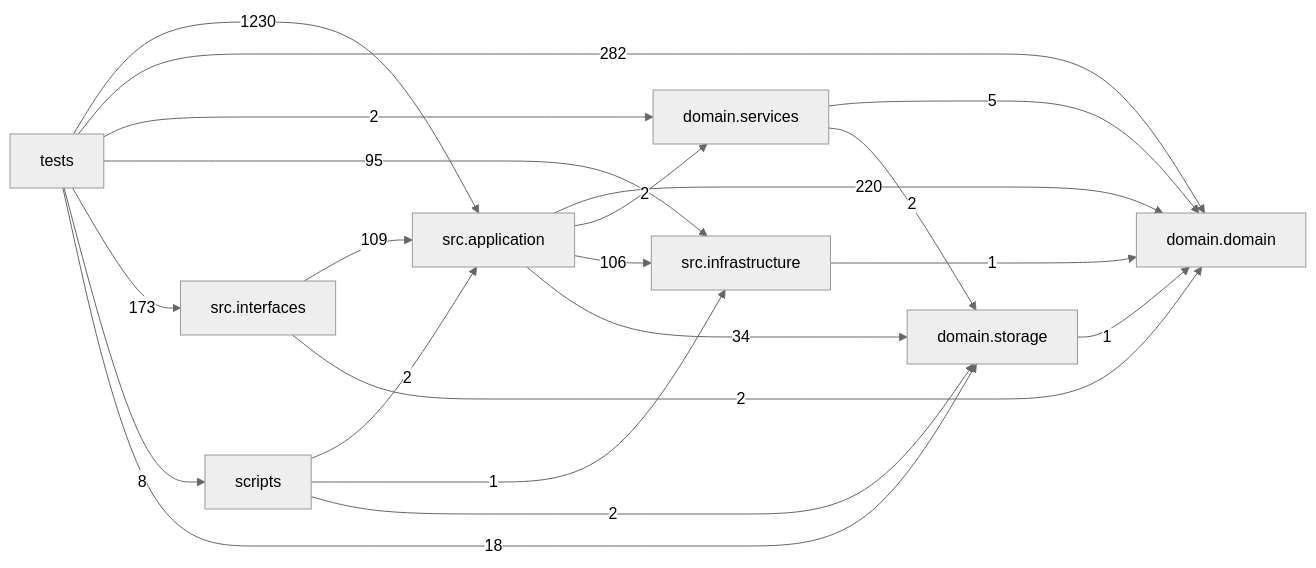
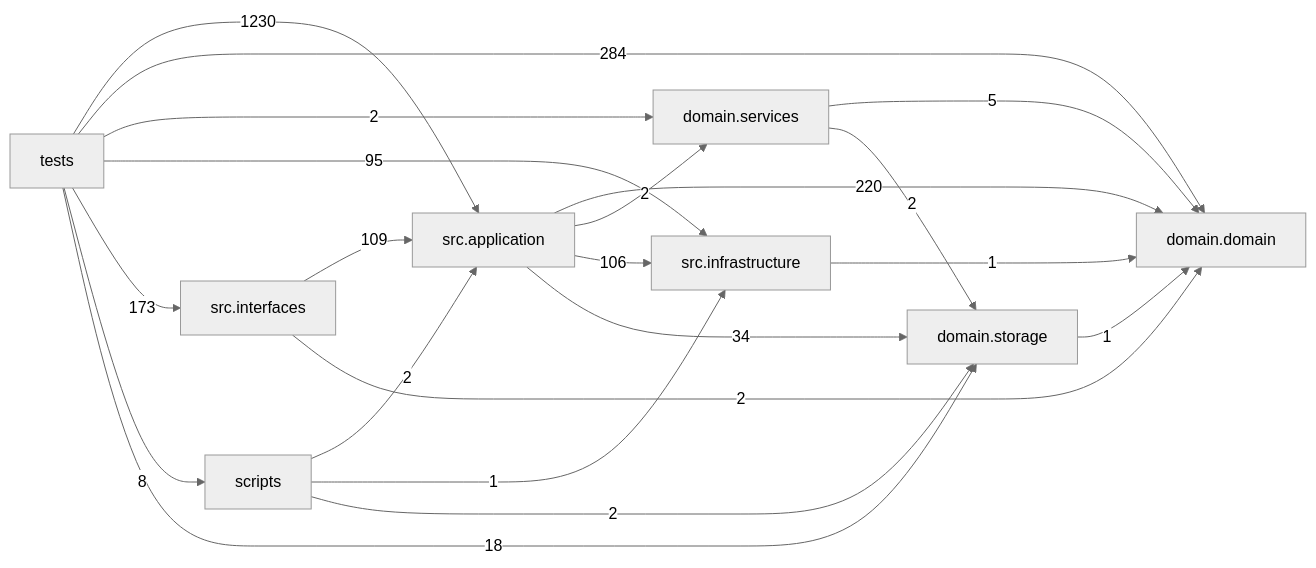
Before and after one commit to liuxie066/options-monitor: the diagram in docs/DEPENDENCY_GRAPH.md, drawn with Mermaid (neutral theme). The commit also changed other lines of this file and 7 other files, not shown here.

````diff
--- a/docs/DEPENDENCY_GRAPH.md
+++ b/docs/DEPENDENCY_GRAPH.md
@@ -24,31 +24,31 @@
 ```mermaid
 flowchart LR
   tests["tests"]
   scripts["scripts"]
   interfaces["src.interfaces"]
   application["src.application"]
   infrastructure["src.infrastructure"]
   domain_services["domain.services"]
   domain["domain.domain"]
   storage["domain.storage"]
   application -->|220| domain
   application -->|2| domain_services
   application -->|106| infrastructure
   application -->|34| storage
   domain_services -->|5| domain
   domain_services -->|2| storage
   infrastructure -->|1| domain
   interfaces -->|109| application
   interfaces -->|2| domain
   scripts -->|2| application
   scripts -->|1| infrastructure
   scripts -->|2| storage
   storage -->|1| domain
   tests -->|1230| application
-  tests -->|282| domain
+  tests -->|284| domain
   tests -->|2| domain_services
   tests -->|95| infrastructure
   tests -->|173| interfaces
   tests -->|8| scripts
   tests -->|18| storage
 ```
````
